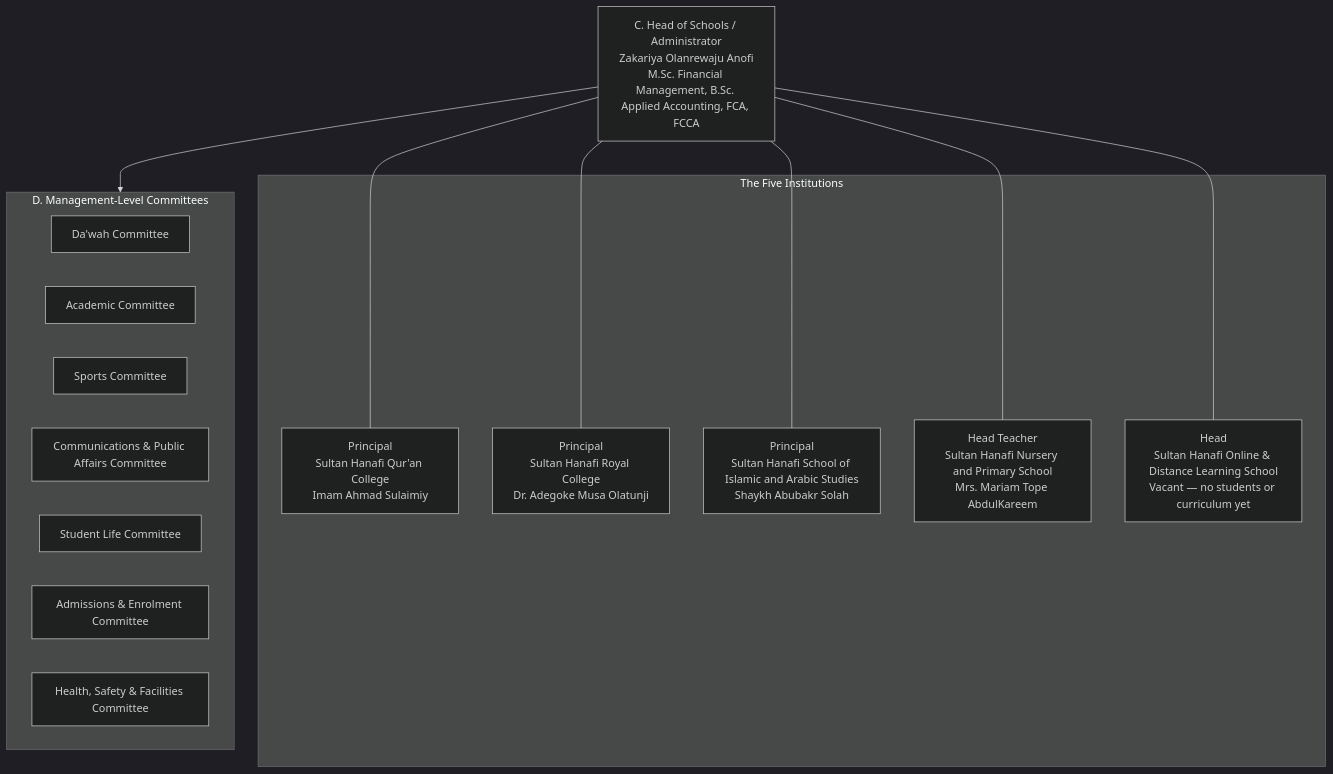
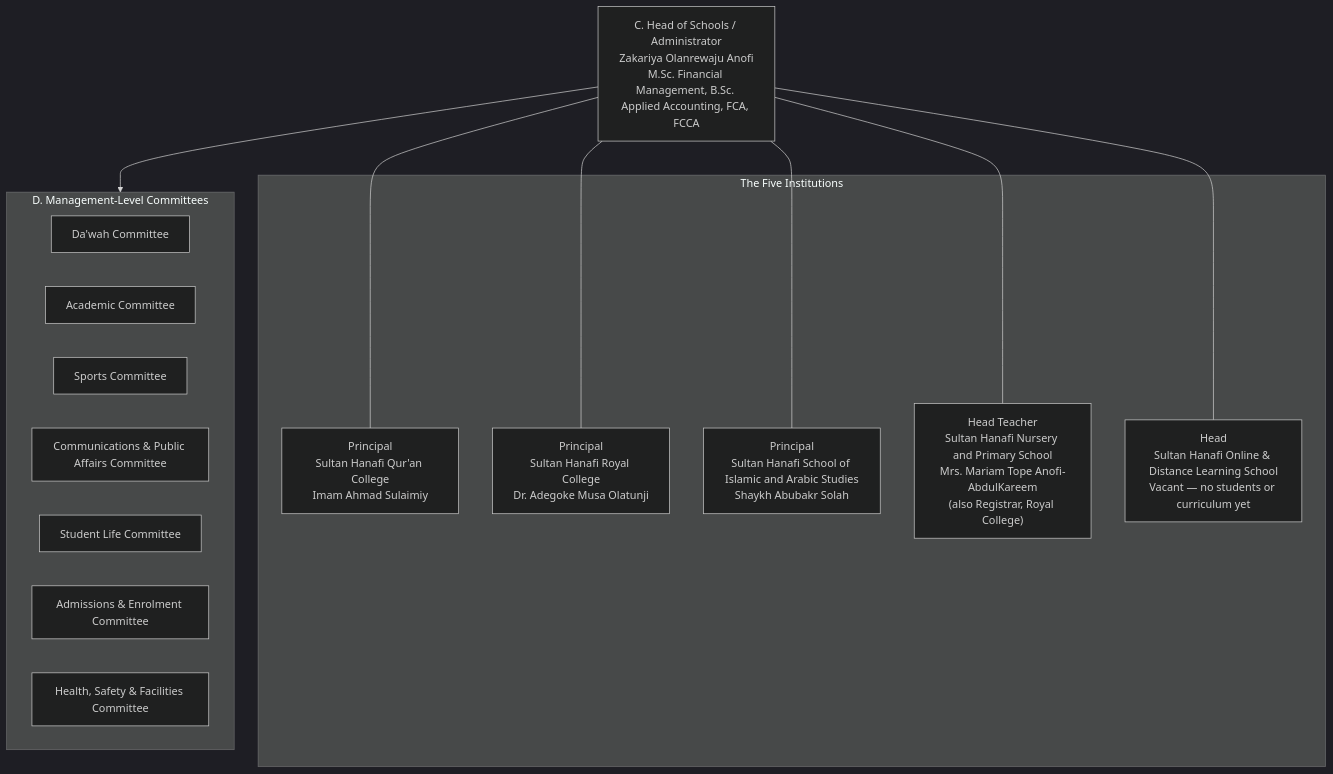
Before and after one commit to ahmadsulaimiy1/Sultan-: the third of 4 diagrams in docs/organisational-structure-manual.md, drawn with Mermaid (dark theme). The commit also changed other lines of this file and 58 other files, not shown here.

````diff
--- a/docs/organisational-structure-manual.md
+++ b/docs/organisational-structure-manual.md
@@ -177,29 +177,29 @@
 ```mermaid
 flowchart TD
   HoS["C. Head of Schools / Administrator<br/>Zakariya Olanrewaju Anofi<br/>M.Sc. Financial Management, B.Sc. Applied Accounting, FCA, FCCA"]
 
   subgraph Institutions["The Five Institutions"]
     P1["Principal<br/>Sultan Hanafi Qur'an College<br/>Imam Ahmad Sulaimiy"]
     P2["Principal<br/>Sultan Hanafi Royal College<br/>Dr. Adegoke Musa Olatunji"]
     P3["Principal<br/>Sultan Hanafi School of Islamic and Arabic Studies<br/>Shaykh Abubakr Solah"]
-    P4["Head Teacher<br/>Sultan Hanafi Nursery and Primary School<br/>Mrs. Mariam Tope AbdulKareem"]
+    P4["Head Teacher<br/>Sultan Hanafi Nursery and Primary School<br/>Mrs. Mariam Tope Anofi-AbdulKareem<br/>(also Registrar, Royal College)"]
     P5["Head<br/>Sultan Hanafi Online &amp; Distance Learning School<br/>Vacant — no students or curriculum yet"]
   end
 
   subgraph D["D. Management-Level Committees"]
     DW["Da'wah Committee"]
     AC["Academic Committee"]
     SP["Sports Committee"]
     CPA["Communications &amp; Public Affairs Committee"]
     SL["Student Life Committee"]
     AE["Admissions &amp; Enrolment Committee"]
     HSF["Health, Safety &amp; Facilities Committee"]
   end
 
   HoS --- P1
   HoS --- P2
   HoS --- P3
   HoS --- P4
   HoS --- P5
   HoS --> D
 ```
````
